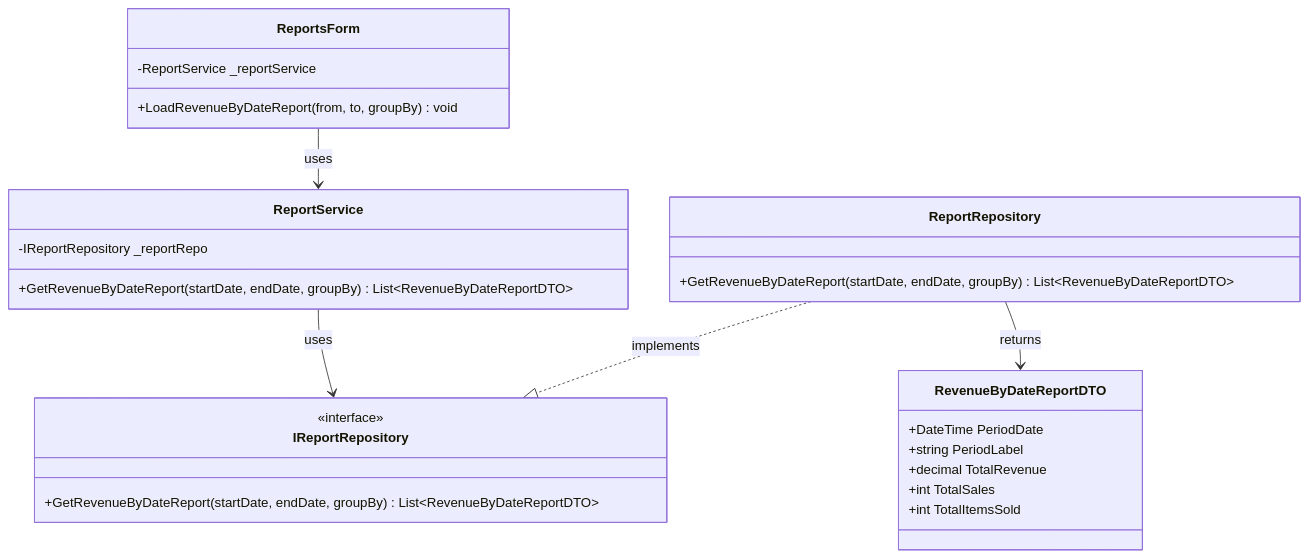
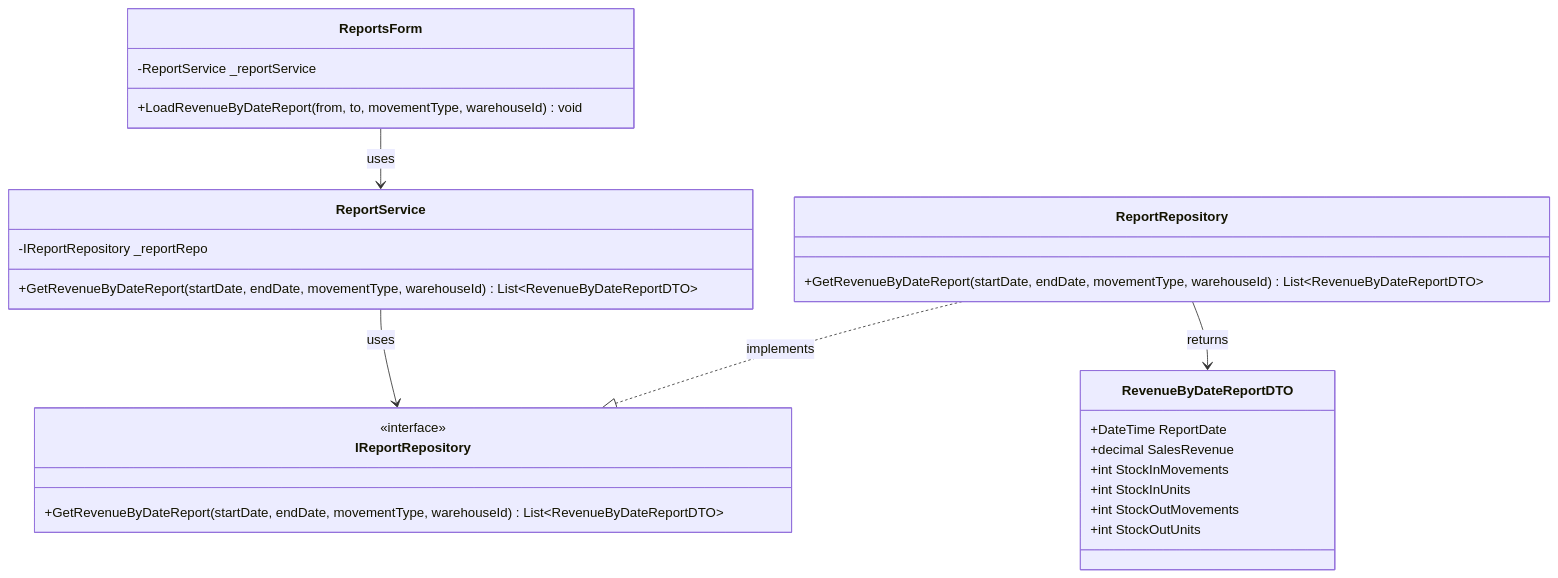
One commit to nahuk86/tp_diploma_nk_2026 changed the fifth of 7 diagrams in Documentation/UML_Diagrams/09_Reports_Management_Process_Class_Diagram.md. Above: the diagram before and after it, drawn with Mermaid. The commit also changed other lines of this file and 7 other files, not shown here.

Commit message:
docs: update UML diagrams to reflect code refactoring

````diff
--- a/Documentation/UML_Diagrams/09_Reports_Management_Process_Class_Diagram.md
+++ b/Documentation/UML_Diagrams/09_Reports_Management_Process_Class_Diagram.md
@@ -186,34 +186,35 @@
 ```mermaid
 classDiagram
     class ReportsForm {
         -ReportService _reportService
-        +LoadRevenueByDateReport(from, to, groupBy) void
+        +LoadRevenueByDateReport(from, to, movementType, warehouseId) void
     }
 
     class ReportService {
         -IReportRepository _reportRepo
-        +GetRevenueByDateReport(startDate, endDate, groupBy) List~RevenueByDateReportDTO~
+        +GetRevenueByDateReport(startDate, endDate, movementType, warehouseId) List~RevenueByDateReportDTO~
     }
 
     class IReportRepository {
         <<interface>>
-        +GetRevenueByDateReport(startDate, endDate, groupBy) List~RevenueByDateReportDTO~
+        +GetRevenueByDateReport(startDate, endDate, movementType, warehouseId) List~RevenueByDateReportDTO~
     }
 
     class ReportRepository {
-        +GetRevenueByDateReport(startDate, endDate, groupBy) List~RevenueByDateReportDTO~
+        +GetRevenueByDateReport(startDate, endDate, movementType, warehouseId) List~RevenueByDateReportDTO~
     }
 
     class RevenueByDateReportDTO {
-        +DateTime PeriodDate
-        +string PeriodLabel
-        +decimal TotalRevenue
-        +int TotalSales
-        +int TotalItemsSold
+        +DateTime ReportDate
+        +decimal SalesRevenue
+        +int StockInMovements
+        +int StockInUnits
+        +int StockOutMovements
+        +int StockOutUnits
     }
 
     ReportsForm --> ReportService : uses
     ReportService --> IReportRepository : uses
     ReportRepository ..|> IReportRepository : implements
     ReportRepository --> RevenueByDateReportDTO : returns
 ```
````
